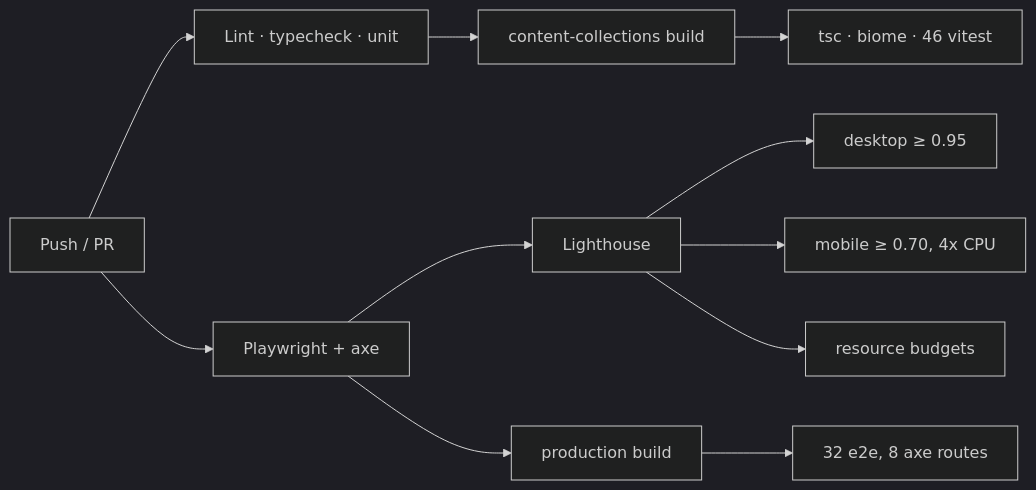
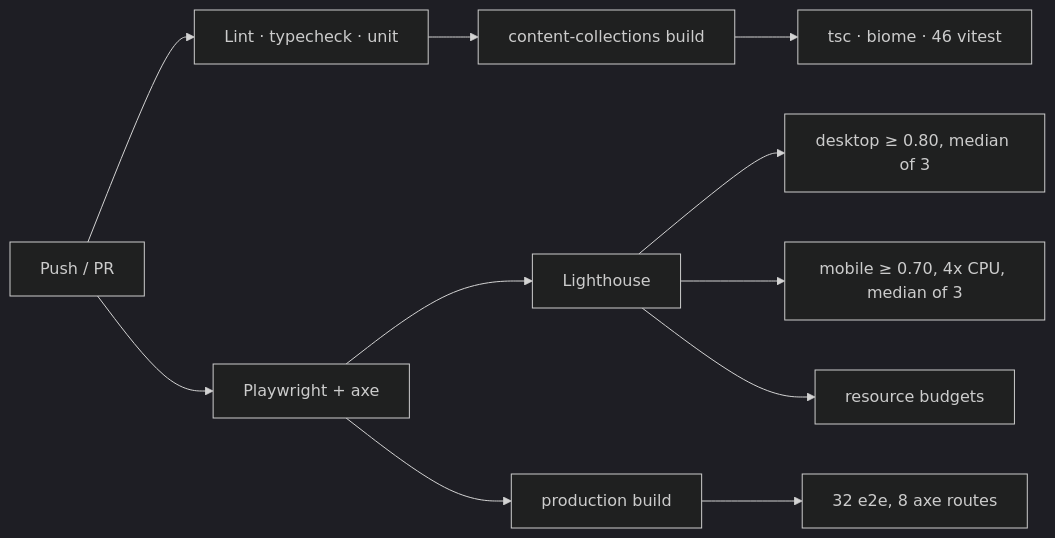
One commit to FryFr/Portfolio-juan-silva changed the diagram in README.md. Above: the diagram before and after it, drawn with Mermaid (dark theme). The commit also changed other lines of this file and 3 other files, not shown here.

````diff
--- a/README.md
+++ b/README.md
@@ -174,13 +174,13 @@
 ```mermaid
 graph LR
     A[Push / PR] --> B[Lint · typecheck · unit]
     A --> C[Playwright + axe]
     C --> D[Lighthouse]
     B --> B1[content-collections build]
     B1 --> B2[tsc · biome · 46 vitest]
     C --> C1[production build]
     C1 --> C2[32 e2e, 8 axe routes]
-    D --> D1[desktop ≥ 0.95]
-    D --> D2[mobile ≥ 0.70, 4x CPU]
+    D --> D1[desktop ≥ 0.80, median of 3]
+    D --> D2[mobile ≥ 0.70, 4x CPU, median of 3]
     D --> D3[resource budgets]
 ```
````
